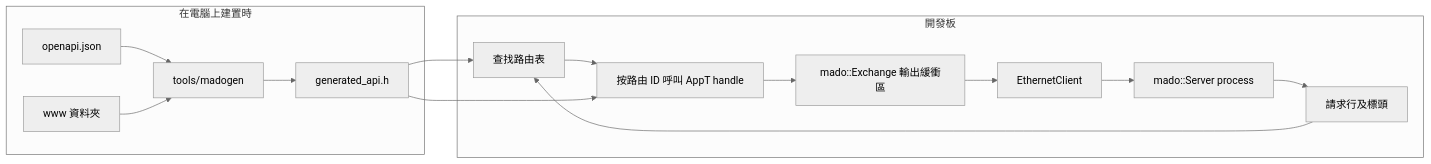
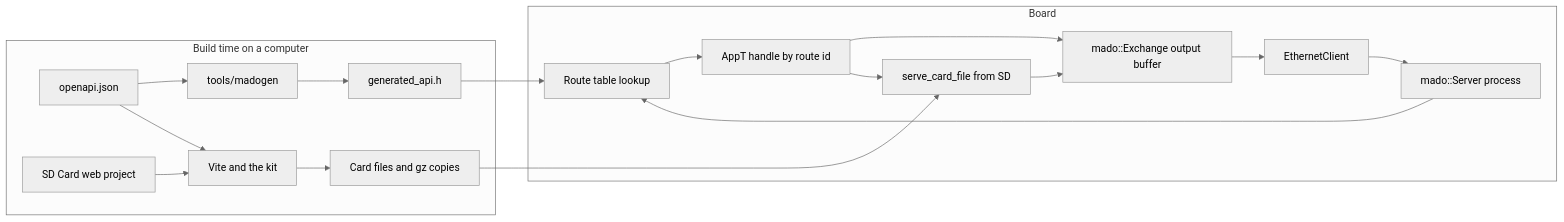
One commit to gufranco/madoguchi changed the diagram in README.zh-HK.md. Above: the diagram before and after it, drawn with Mermaid (neutral theme). The commit also changed other lines of this file and 121 other files, not shown here.

````diff
--- a/README.zh-HK.md
+++ b/README.zh-HK.md
@@ -182,18 +197,21 @@
 ```mermaid
 graph LR
-    subgraph 在電腦上建置時
+    subgraph Build time on a computer
         Spec[openapi.json] --> Gen[tools/madogen]
-        Site[www 資料夾] --> Gen
         Gen --> Header[generated_api.h]
+        Pages[SD Card web project] --> Vite[Vite and the kit]
+        Spec --> Vite
+        Vite --> Card[Card files and gz copies]
     end
-    subgraph 開發板
+    subgraph Board
         Client[EthernetClient] --> Server[mado::Server process]
-        Server --> Parse[請求行及標頭]
-        Parse --> Lookup[查找路由表]
-        Lookup --> App[按路由 ID 呼叫 AppT handle]
-        App --> Exchange[mado::Exchange 輸出緩衝區]
+        Server --> Lookup[Route table lookup]
+        Lookup --> App[AppT handle by route id]
+        App --> Exchange[mado::Exchange output buffer]
+        App --> SD[serve_card_file from SD]
+        SD --> Exchange
         Exchange --> Client
     end
     Header --> Lookup
-    Header --> App
+    Card --> SD
 ```
````
